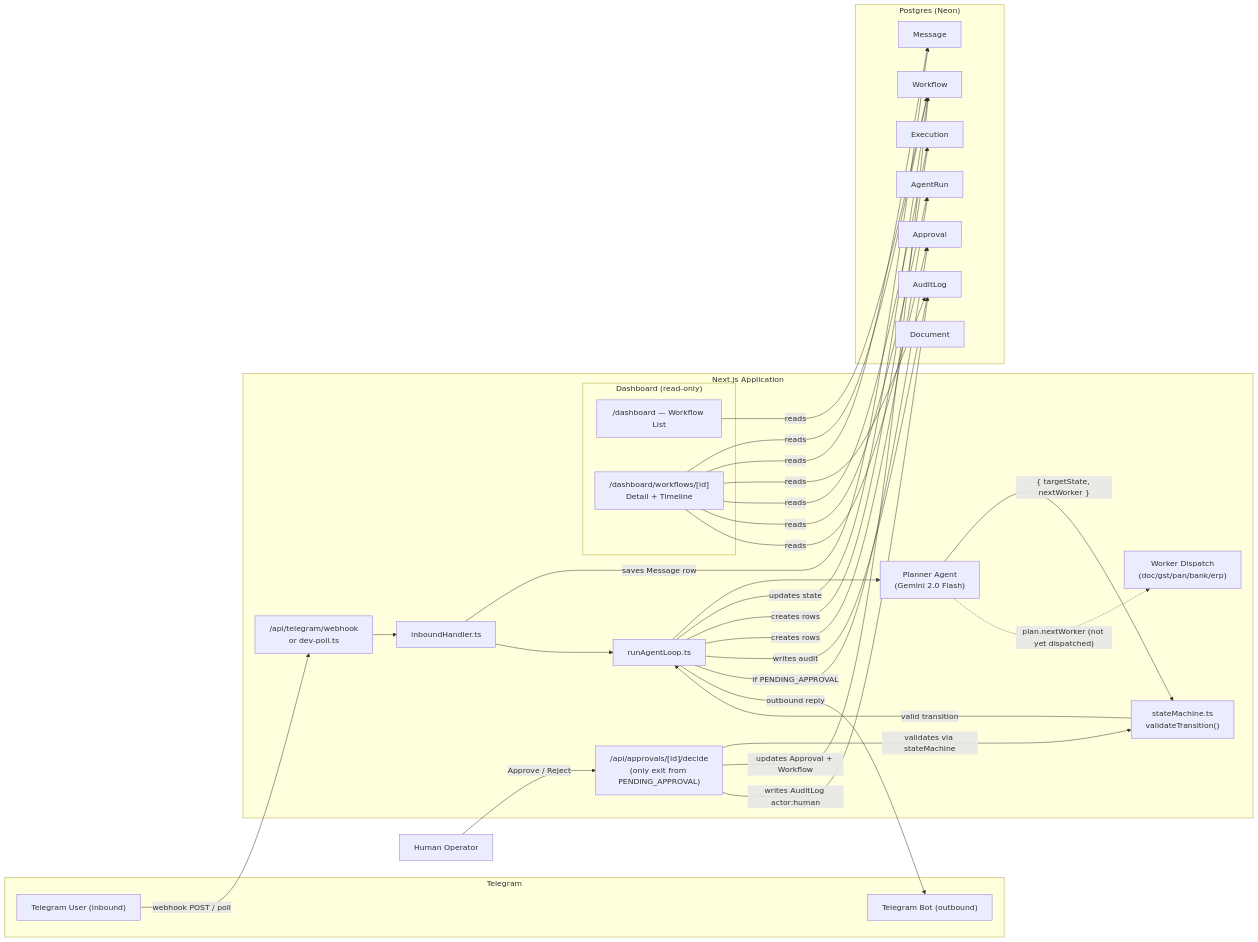
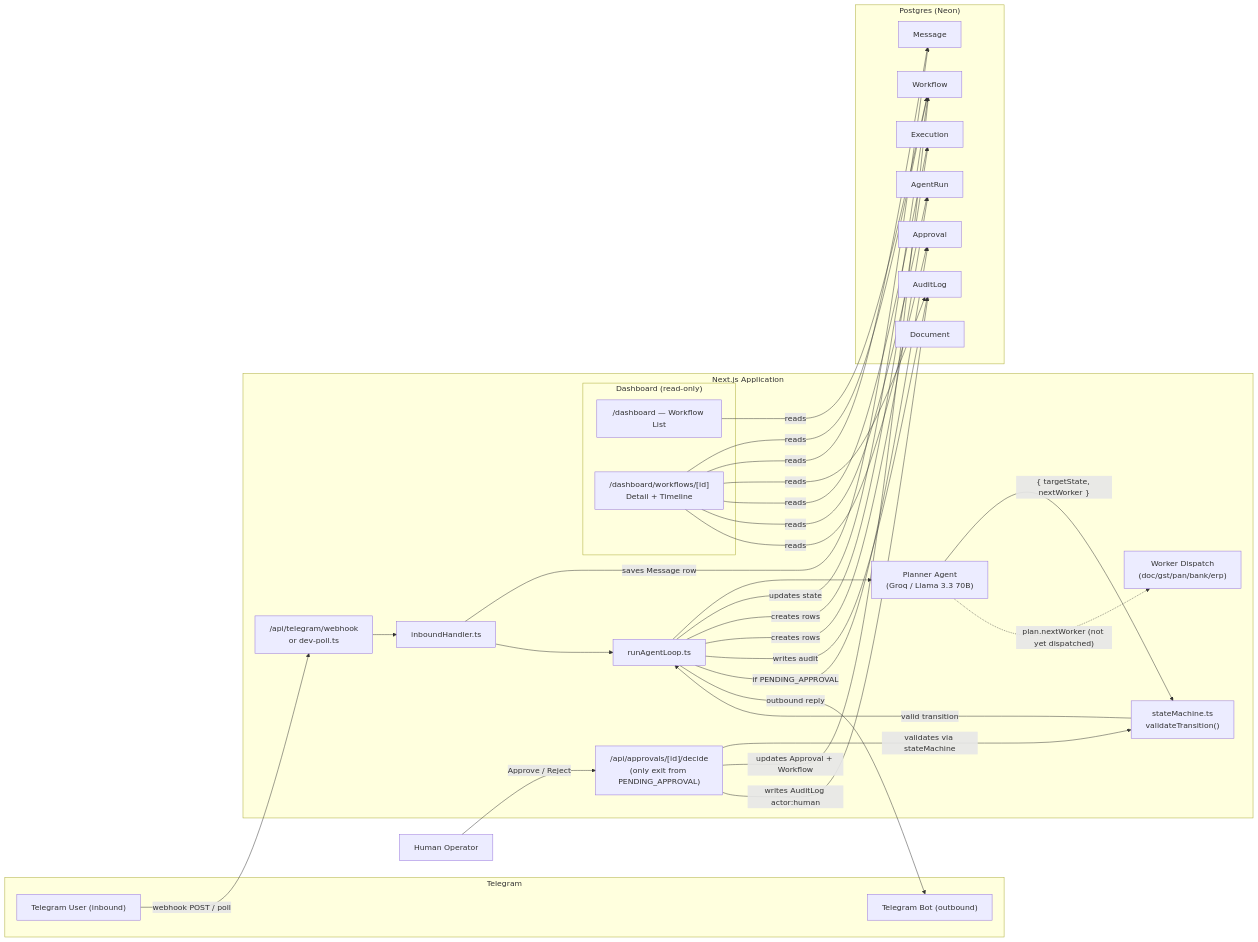
The diagram in docs/architecture.md (manasvviiii/operation), drawn with Mermaid before and after one commit. The commit also changed other lines of this file and 25 other files, not shown here.

````diff
--- a/docs/architecture.md
+++ b/docs/architecture.md
@@ -5,62 +5,62 @@
 ```mermaid
 flowchart LR
     subgraph Telegram
         TG_IN["Telegram User (inbound)"]
         TG_OUT["Telegram Bot (outbound)"]
     end
 
     subgraph "Next.js Application"
         WEBHOOK["/api/telegram/webhook<br>or dev-poll.ts"]
         INBOUND["inboundHandler.ts"]
         LOOP["runAgentLoop.ts"]
-        PLANNER["Planner Agent<br>(Gemini 2.0 Flash)"]
+        PLANNER["Planner Agent<br>(Groq / Llama 3.3 70B)"]
         SM["stateMachine.ts<br>validateTransition()"]
         WORKERS["Worker Dispatch<br>(doc/gst/pan/bank/erp)"]
         APPROVAL_ROUTE["/api/approvals/[id]/decide<br>(only exit from PENDING_APPROVAL)"]
 
         subgraph "Dashboard (read-only)"
             DASH_LIST["/dashboard — Workflow List"]
             DASH_DETAIL["/dashboard/workflows/[id]<br>Detail + Timeline"]
         end
     end
 
     subgraph "Postgres (Neon)"
         DB_W["Workflow"]
         DB_E["Execution"]
         DB_AR["AgentRun"]
         DB_M["Message"]
         DB_AP["Approval"]
         DB_AL["AuditLog"]
         DB_D["Document"]
     end
 
     HUMAN["Human Operator"]
 
     TG_IN -->|webhook POST / poll| WEBHOOK
     WEBHOOK --> INBOUND
     INBOUND -->|saves Message row| DB_M
     INBOUND --> LOOP
     LOOP --> PLANNER
     PLANNER -->|"{ targetState, nextWorker }"| SM
     SM -->|valid transition| LOOP
     LOOP -->|updates state| DB_W
     LOOP -->|creates rows| DB_E
     LOOP -->|creates rows| DB_AR
     LOOP -->|writes audit| DB_AL
     LOOP -->|if PENDING_APPROVAL| DB_AP
     PLANNER -.->|"plan.nextWorker (not yet dispatched)"| WORKERS
     LOOP -->|outbound reply| TG_OUT
 
     DASH_LIST -->|reads| DB_W
     DASH_DETAIL -->|reads| DB_W
     DASH_DETAIL -->|reads| DB_M
     DASH_DETAIL -->|reads| DB_AL
     DASH_DETAIL -->|reads| DB_E
     DASH_DETAIL -->|reads| DB_AR
     DASH_DETAIL -->|reads| DB_AP
 
     HUMAN -->|Approve / Reject| APPROVAL_ROUTE
     APPROVAL_ROUTE -->|validates via stateMachine| SM
     APPROVAL_ROUTE -->|updates Approval + Workflow| DB_W
     APPROVAL_ROUTE -->|writes AuditLog actor:human| DB_AL
 ```
````
